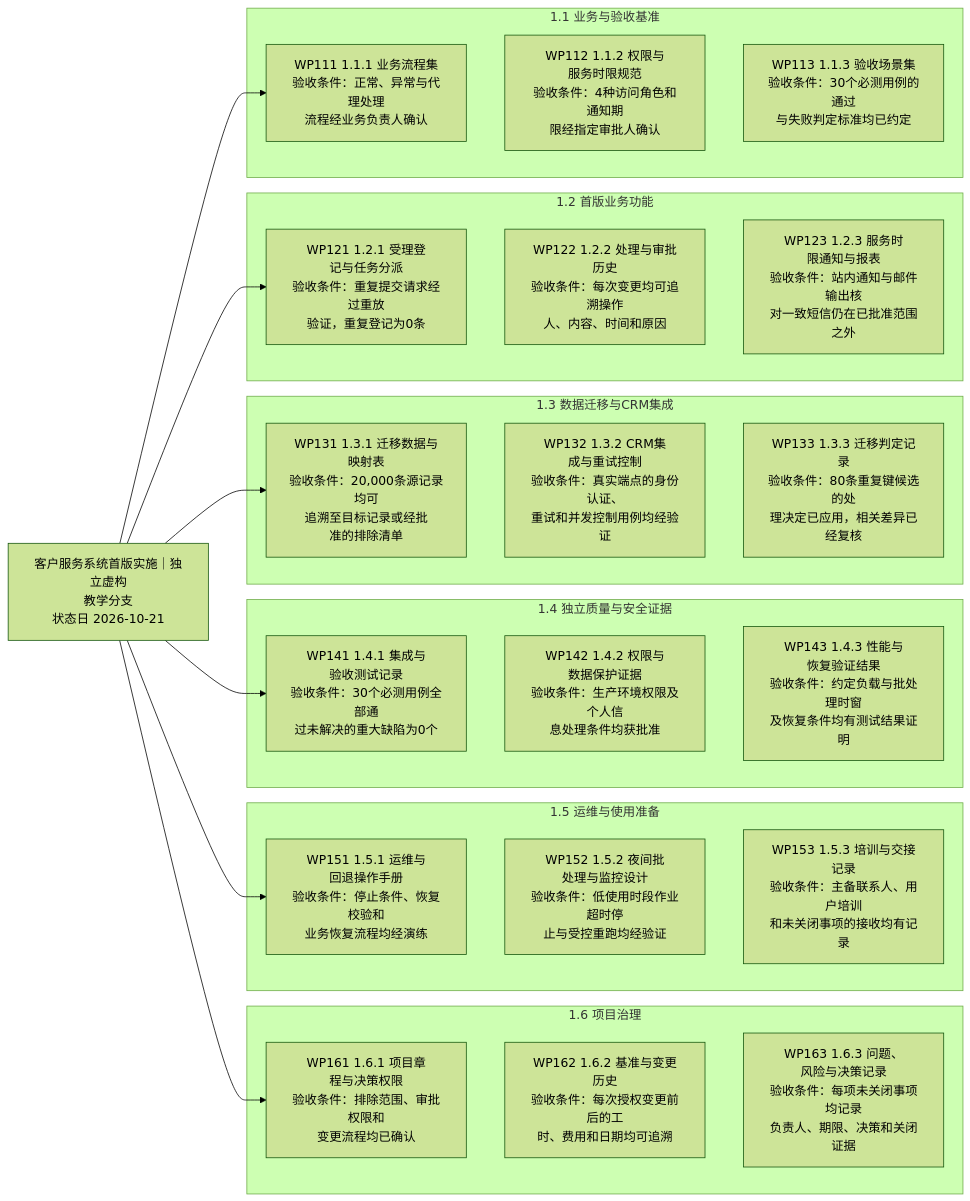
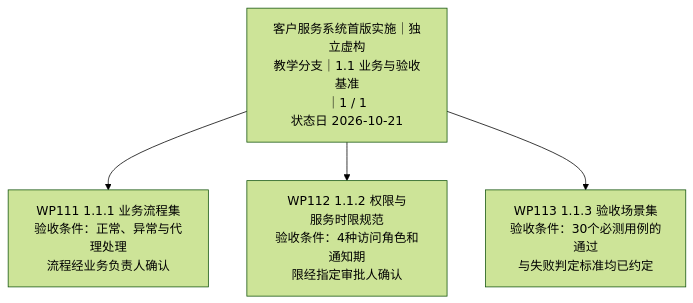
The diagram in skills/taskobo-diagrams/assets/demo/sources/wbs.mmd (dfzzq719/kobo-diagrams), drawn with Mermaid (forest theme) before and after one commit. The commit also changed 242 other files, not shown here.

Commit message:
fix: make PM diagrams scalable and diagnose render failures

```diff
--- a/skills/taskobo-diagrams/assets/demo/sources/wbs.mmd
+++ b/skills/taskobo-diagrams/assets/demo/sources/wbs.mmd
@@ -1,51 +1,9 @@
-flowchart LR
-  P["客户服务系统首版实施｜独立虚构<br/>教学分支<br/>状态日 2026-10-21"]:::anchor
+flowchart TB
+  P["客户服务系统首版实施｜独立虚构<br/>教学分支｜1.1 业务与验收基准<br/>｜1 / 1<br/>状态日 2026-10-21"]:::anchor
   %% 包含关系，不表示依赖；验收条件不代表已完成。
-  subgraph G1["1.6 项目治理"]
-    T16["WP161 1.6.1 项目章<br/>程与决策权限<br/>验收条件：排除范围、审批权限和<br/>变更流程均已确认"]:::normal
-    T17["WP162 1.6.2 基准与变更历史<br/>验收条件：每次授权变更前后的工<br/>时、费用和日期均可追溯"]:::normal
-    T18["WP163 1.6.3 问题、<br/>风险与决策记录<br/>验收条件：每项未关闭事项均记录<br/>负责人、期限、决策和关闭证据"]:::normal
-  end
-  P --> T16
-  T16 ~~~ T17
-  T17 ~~~ T18
-  subgraph G2["1.5 运维与使用准备"]
-    T13["WP151 1.5.1 运维与<br/>回退操作手册<br/>验收条件：停止条件、恢复校验和<br/>业务恢复流程均经演练"]:::normal
-    T14["WP152 1.5.2 夜间批<br/>处理与监控设计<br/>验收条件：低使用时段作业超时停<br/>止与受控重跑均经验证"]:::normal
-    T15["WP153 1.5.3 培训与交接记录<br/>验收条件：主备联系人、用户培训<br/>和未关闭事项的接收均有记录"]:::normal
-  end
-  P --> T13
-  T13 ~~~ T14
-  T14 ~~~ T15
-  subgraph G3["1.4 独立质量与安全证据"]
-    T10["WP141 1.4.1 集成与<br/>验收测试记录<br/>验收条件：30个必测用例全部通<br/>过未解决的重大缺陷为0个"]:::normal
-    T11["WP142 1.4.2 权限与<br/>数据保护证据<br/>验收条件：生产环境权限及个人信<br/>息处理条件均获批准"]:::normal
-    T12["WP143 1.4.3 性能与<br/>恢复验证结果<br/>验收条件：约定负载与批处理时窗<br/>及恢复条件均有测试结果证明"]:::normal
-  end
-  P --> T10
-  T10 ~~~ T11
-  T11 ~~~ T12
-  subgraph G4["1.3 数据迁移与CRM集成"]
-    T7["WP131 1.3.1 迁移数据与映射表<br/>验收条件：20,000条源记录均可<br/>追溯至目标记录或经批<br/>准的排除清单"]:::normal
-    T8["WP132 1.3.2 CRM集<br/>成与重试控制<br/>验收条件：真实端点的身份认证、<br/>重试和并发控制用例均经验证"]:::normal
-    T9["WP133 1.3.3 迁移判定记录<br/>验收条件：80条重复键候选的处<br/>理决定已应用，相关差异已经复核"]:::normal
-  end
-  P --> T7
-  T7 ~~~ T8
-  T8 ~~~ T9
-  subgraph G5["1.2 首版业务功能"]
-    T4["WP121 1.2.1 受理登<br/>记与任务分派<br/>验收条件：重复提交请求经过重放<br/>验证，重复登记为0条"]:::normal
-    T5["WP122 1.2.2 处理与审批历史<br/>验收条件：每次变更均可追溯操作<br/>人、内容、时间和原因"]:::normal
-    T6["WP123 1.2.3 服务时<br/>限通知与报表<br/>验收条件：站内通知与邮件输出核<br/>对一致短信仍在已批准范围之外"]:::normal
-  end
-  P --> T4
-  T4 ~~~ T5
-  T5 ~~~ T6
-  subgraph G6["1.1 业务与验收基准"]
     T1["WP111 1.1.1 业务流程集<br/>验收条件：正常、异常与代理处理<br/>流程经业务负责人确认"]:::normal
     T2["WP112 1.1.2 权限与<br/>服务时限规范<br/>验收条件：4种访问角色和通知期<br/>限经指定审批人确认"]:::normal
     T3["WP113 1.1.3 验收场景集<br/>验收条件：30个必测用例的通过<br/>与失败判定标准均已约定"]:::normal
-  end
   P --> T1
-  T1 ~~~ T2
-  T2 ~~~ T3
+  P --> T2
+  P --> T3
```
